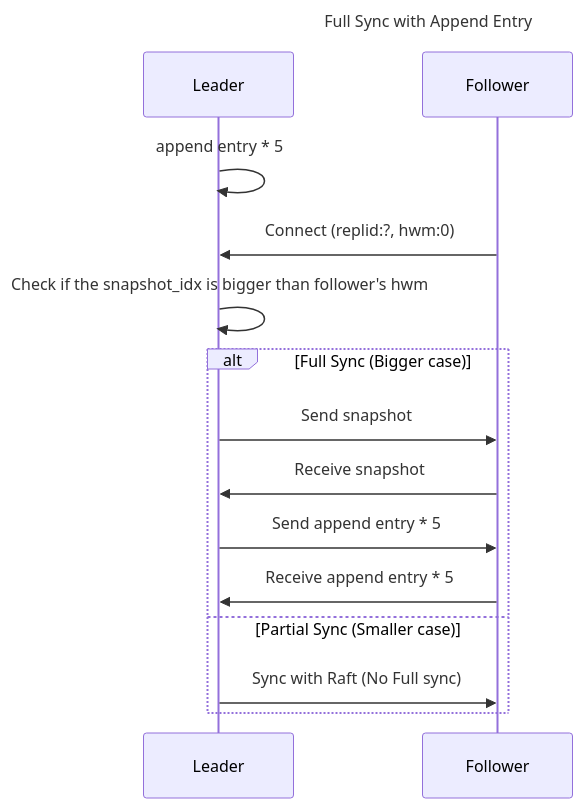
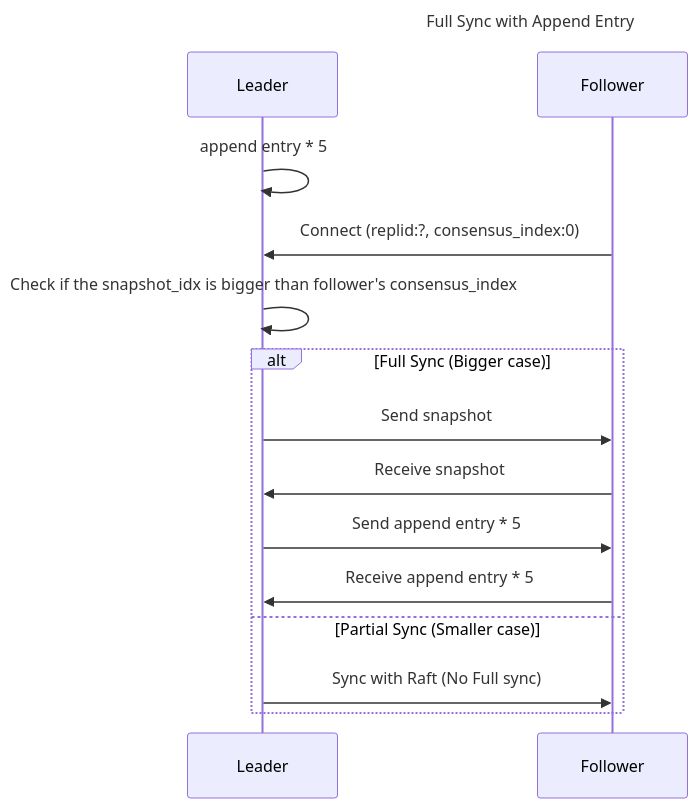
Before and after one commit to Migorithm/duva: the diagram in diagrams/full_sync_scenario_with_append_entry.mmd, drawn with Mermaid. The commit also changed 26 other files, not shown here.

Commit message:
chore: rename hwm to consensus index

```diff
--- a/diagrams/full_sync_scenario_with_append_entry.mmd
+++ b/diagrams/full_sync_scenario_with_append_entry.mmd
@@ -1,17 +1,17 @@
 ---
 title: Full Sync with Append Entry
 ---
 sequenceDiagram
     participant L as Leader
     participant F as Follower
     L ->> L: append entry * 5
-    F ->> L: Connect (replid:?, hwm:0)
-    L ->> L: Check if the snapshot_idx is bigger than follower's hwm
+    F ->> L: Connect (replid:?, consensus_index:0)
+    L ->> L: Check if the snapshot_idx is bigger than follower's consensus_index
     alt Full Sync (Bigger case)
         L ->> F: Send snapshot
         F ->> L: Receive snapshot
         L ->> F: Send append entry * 5
         F ->> L: Receive append entry * 5
     else Partial Sync (Smaller case)
         L ->> F: Sync with Raft (No Full sync)
     end
```
